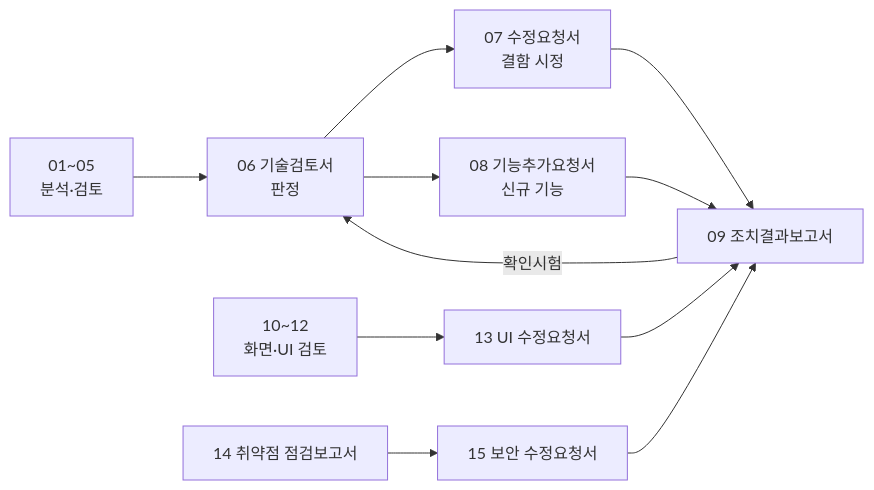
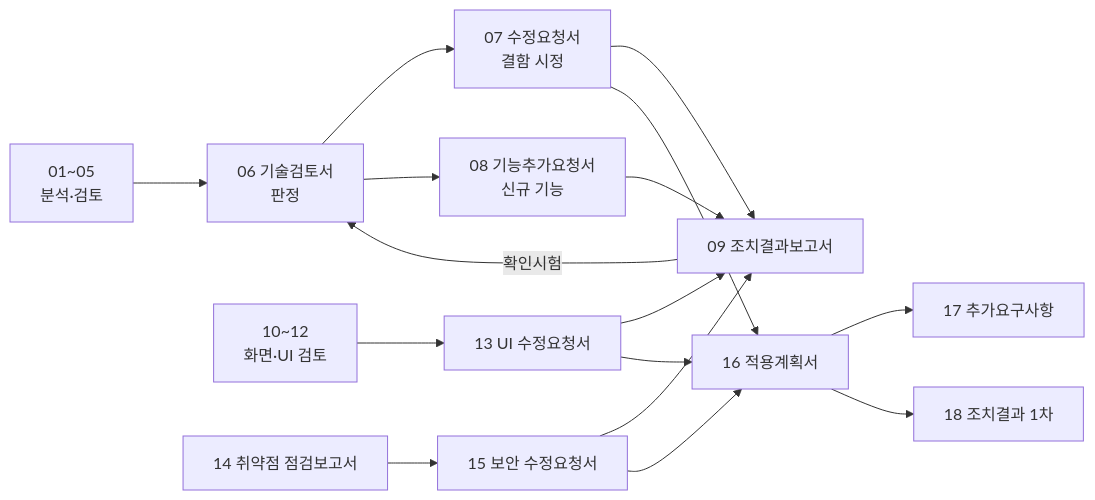
The diagram in docs/README.md (jaehakim/assets), drawn with Mermaid before and after one commit. The commit also changed other lines of this file and 43 other files, not shown here.

````diff
--- a/docs/README.md
+++ b/docs/README.md
@@ -45,13 +53,16 @@
 ```mermaid
 flowchart LR
   A["01~05<br/>분석·검토"] --> TR["06 기술검토서<br/>판정"]
   TR --> CR["07 수정요청서<br/>결함 시정"]
   TR --> FR["08 기능추가요청서<br/>신규 기능"]
   U["10~12<br/>화면·UI 검토"] --> CR2["13 UI 수정요청서"]
   V["14 취약점 점검보고서"] --> CR3["15 보안 수정요청서"]
   CR --> RR["09 조치결과보고서"]
   CR2 --> RR
   CR3 --> RR
   FR --> RR
   RR -->|확인시험| TR
+  CR & CR2 & CR3 --> IP["16 적용계획서"]
+  IP --> AR["17 추가요구사항"]
+  IP --> RR1["18 조치결과 1차"]
 ```
````
